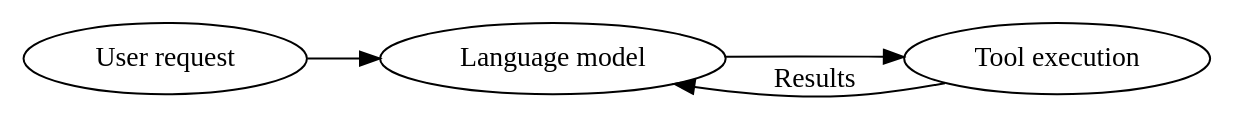
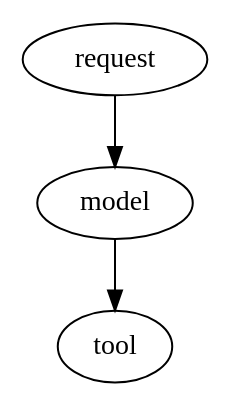
One commit to abigailtassefa/OmegaA changed the diagram in plugins/render_diagram/README.md. Above: the diagram before and after it, drawn with Graphviz. The commit also changed other lines of this file and 6 other files, not shown here.

Commit message:
fix(render-diagram): handle invalid Unicode, limit resources, and clean up artifacts

````diff
--- a/plugins/render_diagram/README.md
+++ b/plugins/render_diagram/README.md
@@ -19,11 +7,3 @@
 ```dot
-digraph {
-    rankdir=LR;
-    request [label="User request"];
-    model [label="Language model"];
-    tool [label="Tool execution"];
-    request -> model;
-    model -> tool;
-    tool -> model [label="Results"];
-}
+digraph { request -> model -> tool; }
 ```
````
